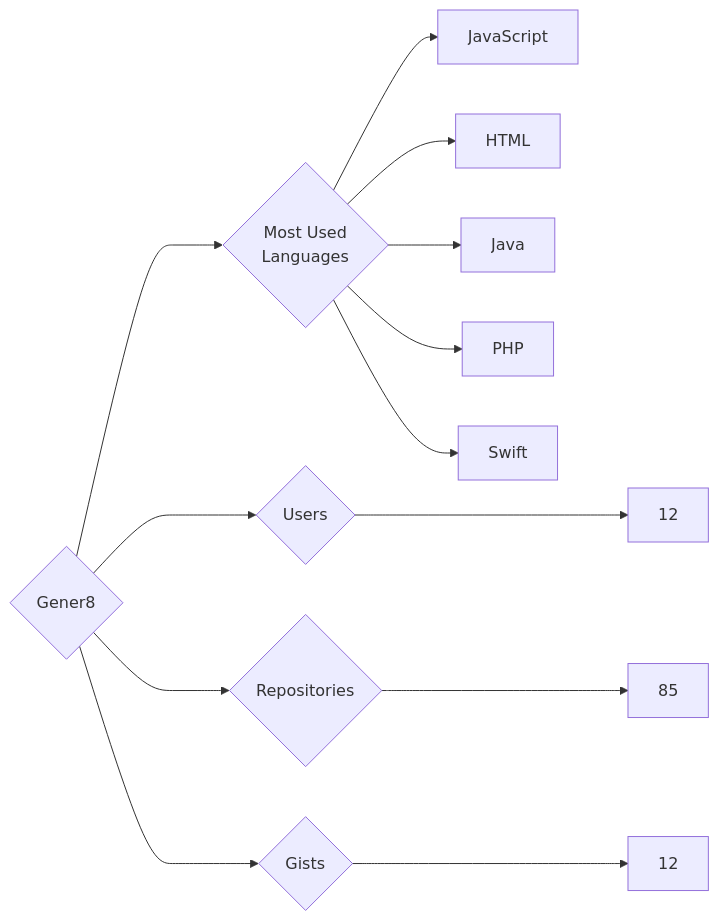
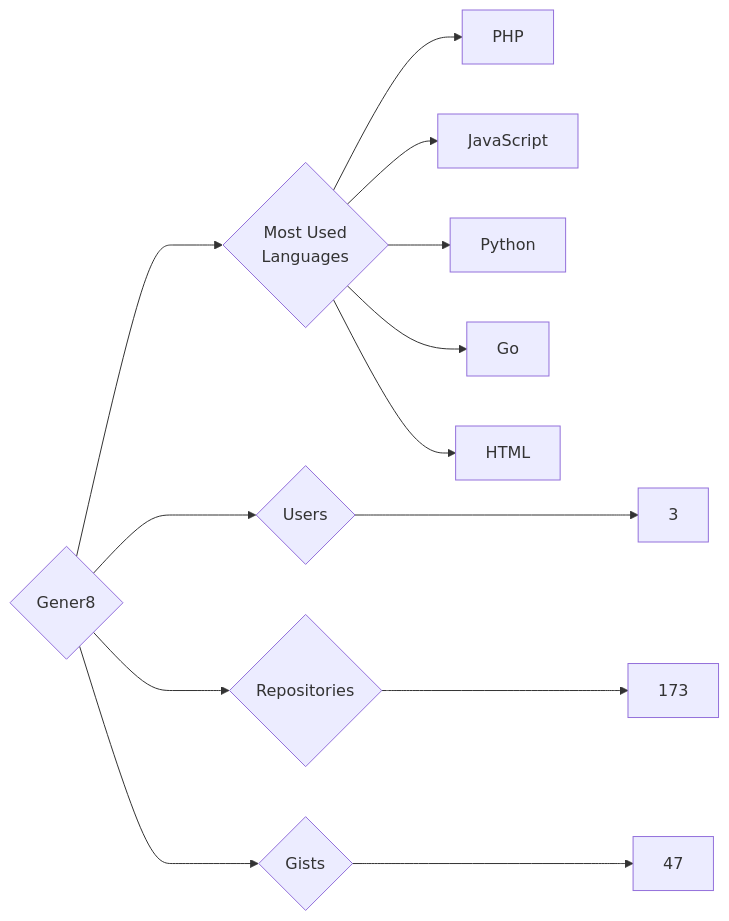
Before and after one commit to trickest/insiders: the diagram in targets/Gener8/README.md, drawn with Mermaid. The commit also changed 676 other files, not shown here.

````diff
--- a/targets/Gener8/README.md
+++ b/targets/Gener8/README.md
@@ -3,13 +3,13 @@
 ```mermaid
 graph LR
 COMPANY_NAME{Gener8}
-COMPANY_NAME ---> U{Users} ---> UN[12]
-COMPANY_NAME ---> R{Repositories} ---> RN[85]
-COMPANY_NAME ---> G{Gists} ---> GN[12]
+COMPANY_NAME ---> U{Users} ---> UN[3]
+COMPANY_NAME ---> R{Repositories} ---> RN[173]
+COMPANY_NAME ---> G{Gists} ---> GN[47]
 COMPANY_NAME ---> ML{Most Used<br>Languages}
+ML --> PHP[PHP]
 ML --> JavaScript[JavaScript]
+ML --> Python[Python]
+ML --> Go[Go]
 ML --> HTML[HTML]
-ML --> Java[Java]
-ML --> PHP[PHP]
-ML --> Swift[Swift]
 ```
````
